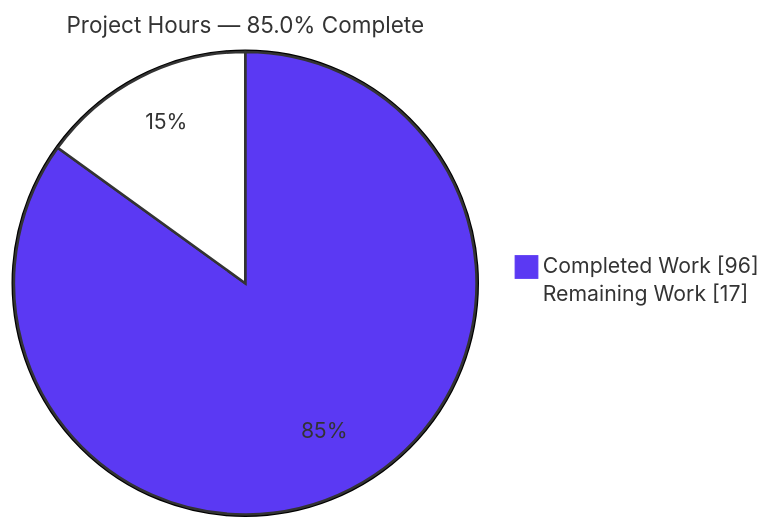
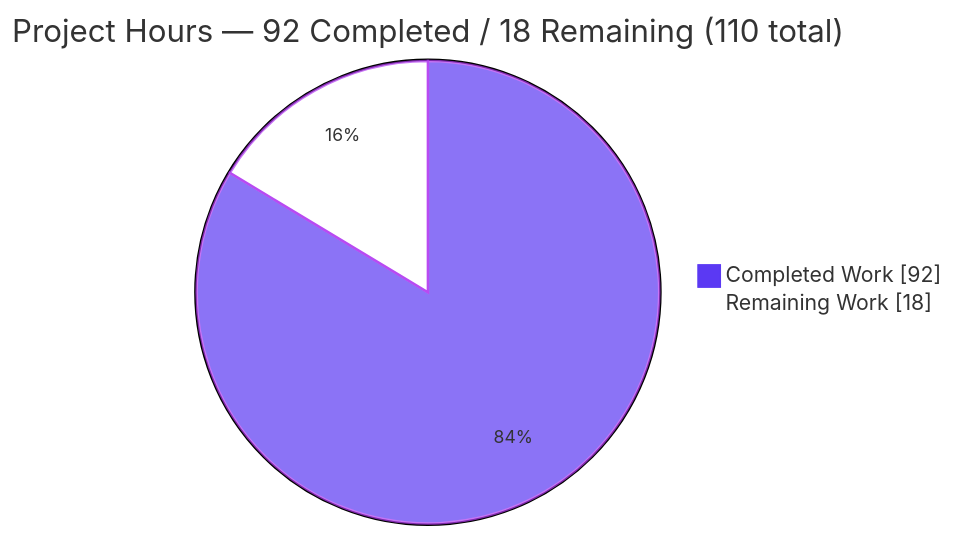
One commit to Blitzy-Sandbox/blitzy-cal changed the second of 3 diagrams in blitzy/documentation/Project Guide.md. Above: the diagram before and after it, drawn with Mermaid. The commit also changed other lines of this file, not shown here.

Commit message:
Adding Blitzy Project Guide: Project Status and Human Tasks Remaining

````diff
--- a/blitzy/documentation/Project Guide.md
+++ b/blitzy/documentation/Project Guide.md
@@ -201,6 +216,6 @@
 ```mermaid
-%%{init: {'theme':'base','themeVariables':{'pie1':'#5B39F3','pie2':'#FFFFFF','pieStrokeColor':'#333333','pieStrokeWidth':'2px','pieOuterStrokeWidth':'2px','pieTitleTextSize':'18px','pieSectionTextColor':'#333333','pieLegendTextColor':'#333333','pieOpacity':'1'}}}%%
-pie showData title Project Hours — 85.0% Complete
-    "Completed Work" : 96
-    "Remaining Work" : 17
+%%{init: {'theme':'base', 'themeVariables': {'pie1':'#5B39F3','pie2':'#FFFFFF','pieStrokeColor':'#B23AF2','pieStrokeWidth':'2px','pieOuterStrokeWidth':'2px','pieSectionTextSize':'14px'}}}%%
+pie showData title Project Hours — 92 Completed / 18 Remaining (110 total)
+    "Completed Work" : 92
+    "Remaining Work" : 18
 ```
````
